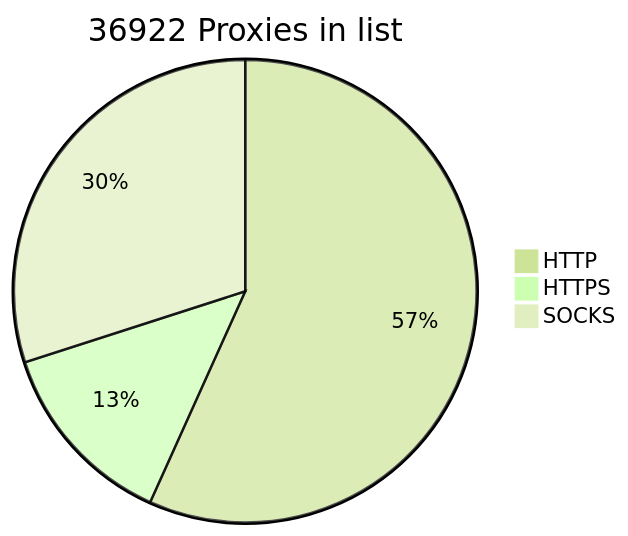
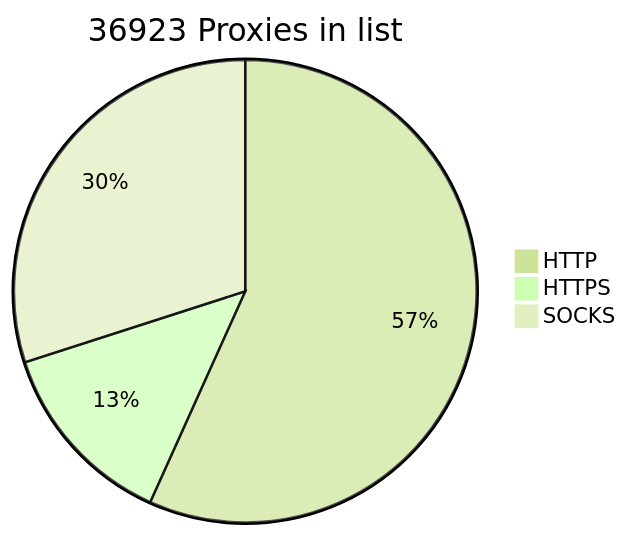
One commit to BlackSnowDot/proxylist-update-every-minute changed the diagram in README.md. Above: the diagram before and after it, drawn with Mermaid (forest theme).

````diff
--- a/README.md
+++ b/README.md
@@ -2,6 +2,6 @@
 ```mermaid
-pie title 36922 Proxies in list
+pie title 36923 Proxies in list
     "HTTP" : 23286
     "HTTPS": 5456
-    "SOCKS" : 12299
+    "SOCKS" : 12300
 ```
````
